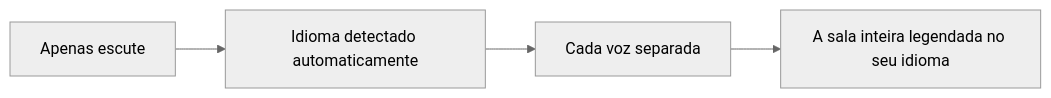
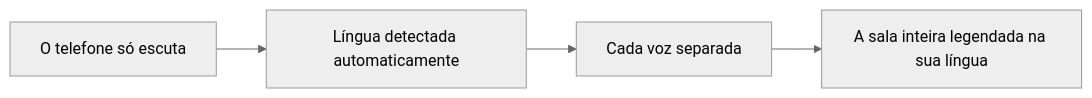
One commit to rpalm01-star/VigilantEarLegal changed the first of 4 diagrams in README_pt-BR.md. Above: the diagram before and after it, drawn with Mermaid (neutral theme). The commit also changed other lines of this file and 14 other files, not shown here.

````diff
--- a/README_pt-BR.md
+++ b/README_pt-BR.md
@@ -73,4 +82,4 @@
 ```mermaid
 graph LR
-    A["Apenas escute"] --> B["Idioma detectado automaticamente"] --> C["Cada voz separada"] --> D["A sala inteira legendada no seu idioma"]
+    A["O telefone só escuta"] --> B["Língua detectada automaticamente"] --> C["Cada voz separada"] --> D["A sala inteira legendada na sua língua"]
 ```
````
